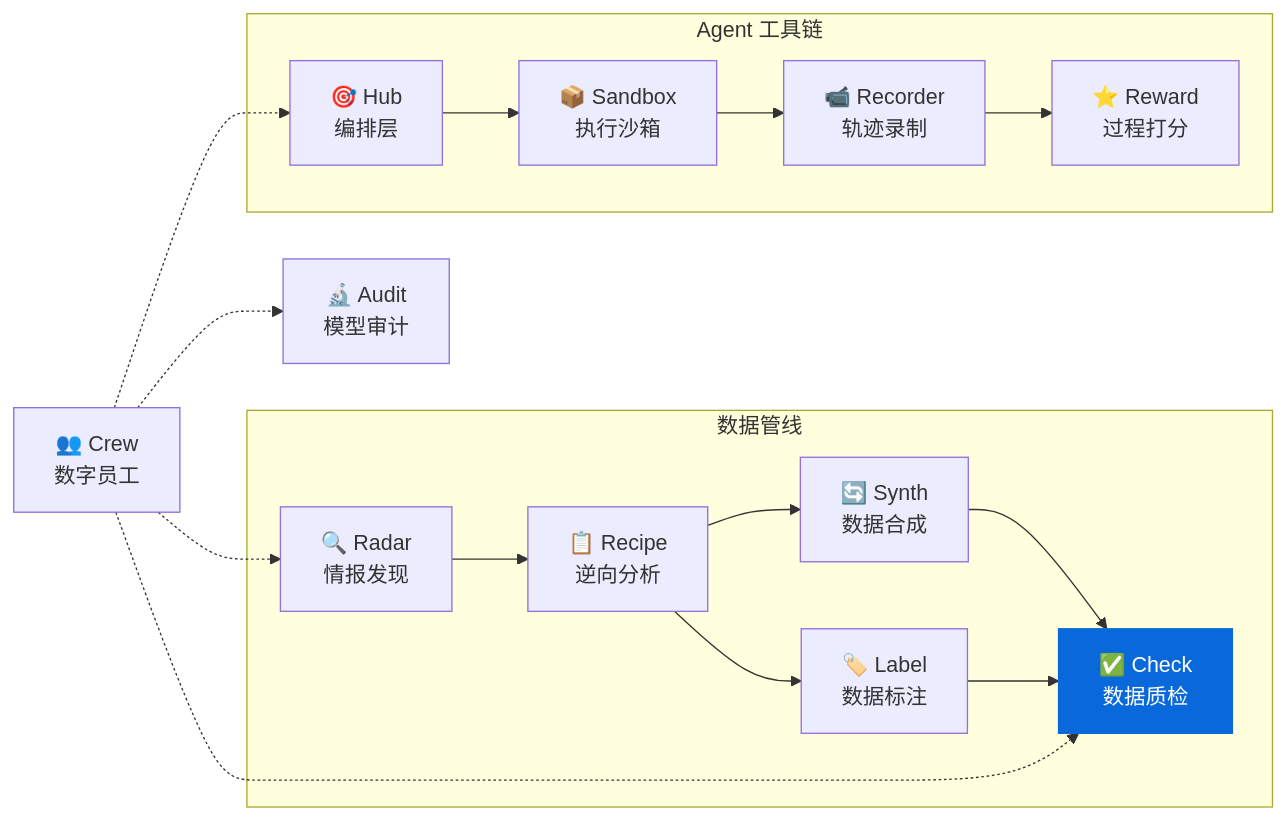
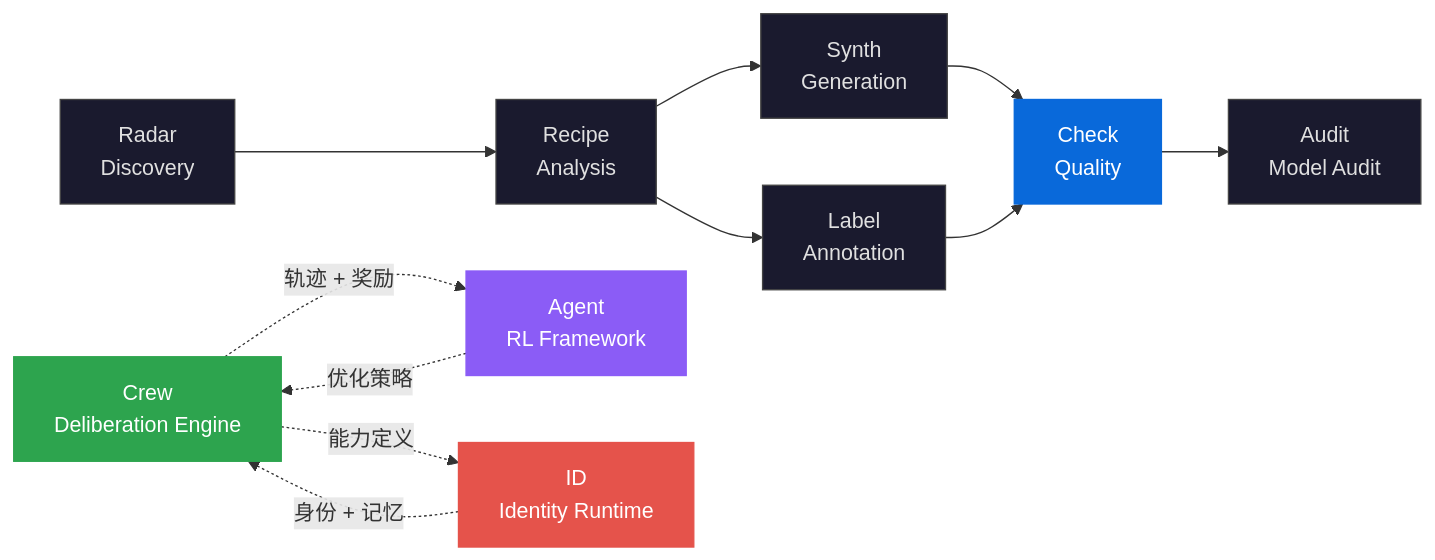
One commit to liuxiaotong/data-check changed the second of 2 diagrams in README.md. Above: the diagram before and after it, drawn with Mermaid. The commit also changed other lines of this file, not shown here.

````diff
--- a/README.md
+++ b/README.md
@@ -632,22 +423,26 @@
 ```mermaid
 graph LR
-    subgraph 数据管线
-        Radar["🔍 Radar<br/>情报发现"] --> Recipe["📋 Recipe<br/>逆向分析"]
-        Recipe --> Synth["🔄 Synth<br/>数据合成"]
-        Recipe --> Label["🏷️ Label<br/>数据标注"]
-        Synth --> Check["✅ Check<br/>数据质检"]
-        Label --> Check
-    end
-    Audit["🔬 Audit<br/>模型审计"]
-    subgraph Agent 工具链
-        Hub["🎯 Hub<br/>编排层"] --> Sandbox["📦 Sandbox<br/>执行沙箱"]
-        Sandbox --> Recorder["📹 Recorder<br/>轨迹录制"]
-        Recorder --> Reward["⭐ Reward<br/>过程打分"]
-    end
-    Crew["👥 Crew<br/>数字员工"]
-    Crew -.-> Radar
-    Crew -.-> Check
-    Crew -.-> Audit
-    Crew -.-> Hub
+    Radar["Radar<br/>Discovery"] --> Recipe["Recipe<br/>Analysis"]
+    Recipe --> Synth["Synth<br/>Generation"]
+    Recipe --> Label["Label<br/>Annotation"]
+    Synth --> Check["Check<br/>Quality"]
+    Label --> Check
+    Check --> Audit["Audit<br/>Model Audit"]
+    Crew["Crew<br/>Deliberation Engine"]
+    Agent["Agent<br/>RL Framework"]
+    ID["ID<br/>Identity Runtime"]
+    Crew -.->|能力定义| ID
+    ID -.->|身份 + 记忆| Crew
+    Crew -.->|轨迹 + 奖励| Agent
+    Agent -.->|优化策略| Crew
+
     style Check fill:#0969da,color:#fff,stroke:#0969da
+    style Crew fill:#2da44e,color:#fff,stroke:#2da44e
+    style Agent fill:#8b5cf6,color:#fff,stroke:#8b5cf6
+    style ID fill:#e5534b,color:#fff,stroke:#e5534b
+    style Radar fill:#1a1a2e,color:#e0e0e0,stroke:#444
+    style Recipe fill:#1a1a2e,color:#e0e0e0,stroke:#444
+    style Synth fill:#1a1a2e,color:#e0e0e0,stroke:#444
+    style Label fill:#1a1a2e,color:#e0e0e0,stroke:#444
+    style Audit fill:#1a1a2e,color:#e0e0e0,stroke:#444
 ```
````
